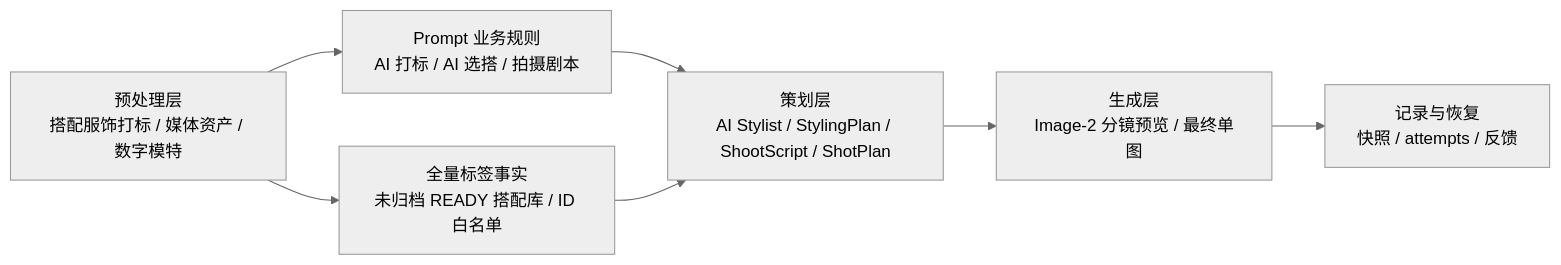
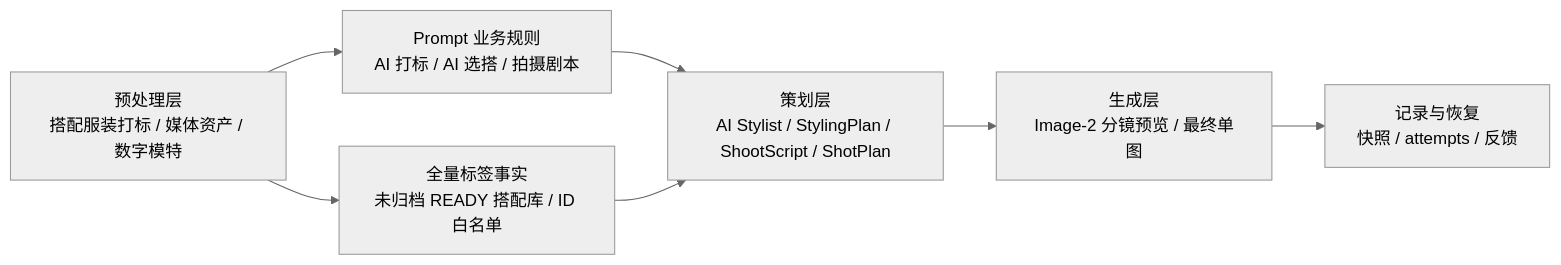
The diagram in design/01_generation_flow/generation_responsibility_matrix.md (happyvchen/ruyi-dream), drawn with Mermaid (neutral theme) before and after one commit. The commit also changed other lines of this file and 41 other files, not shown here.

````diff
--- a/design/01_generation_flow/generation_responsibility_matrix.md
+++ b/design/01_generation_flow/generation_responsibility_matrix.md
@@ -62,9 +62,9 @@
 ```mermaid
 flowchart LR
-  A["预处理层<br/>搭配服饰打标 / 媒体资产 / 数字模特"] --> B["Prompt 业务规则<br/>AI 打标 / AI 选搭 / 拍摄剧本"]
+  A["预处理层<br/>搭配服装打标 / 媒体资产 / 数字模特"] --> B["Prompt 业务规则<br/>AI 打标 / AI 选搭 / 拍摄剧本"]
   A --> C["全量标签事实<br/>未归档 READY 搭配库 / ID 白名单"]
   B --> D0["策划层<br/>AI Stylist / StylingPlan / ShootScript / ShotPlan"]
   C --> D0
   D0 --> D["生成层<br/>Image-2 分镜预览 / 最终单图"]
   D --> E["记录与恢复<br/>快照 / attempts / 反馈"]
 ```
````
